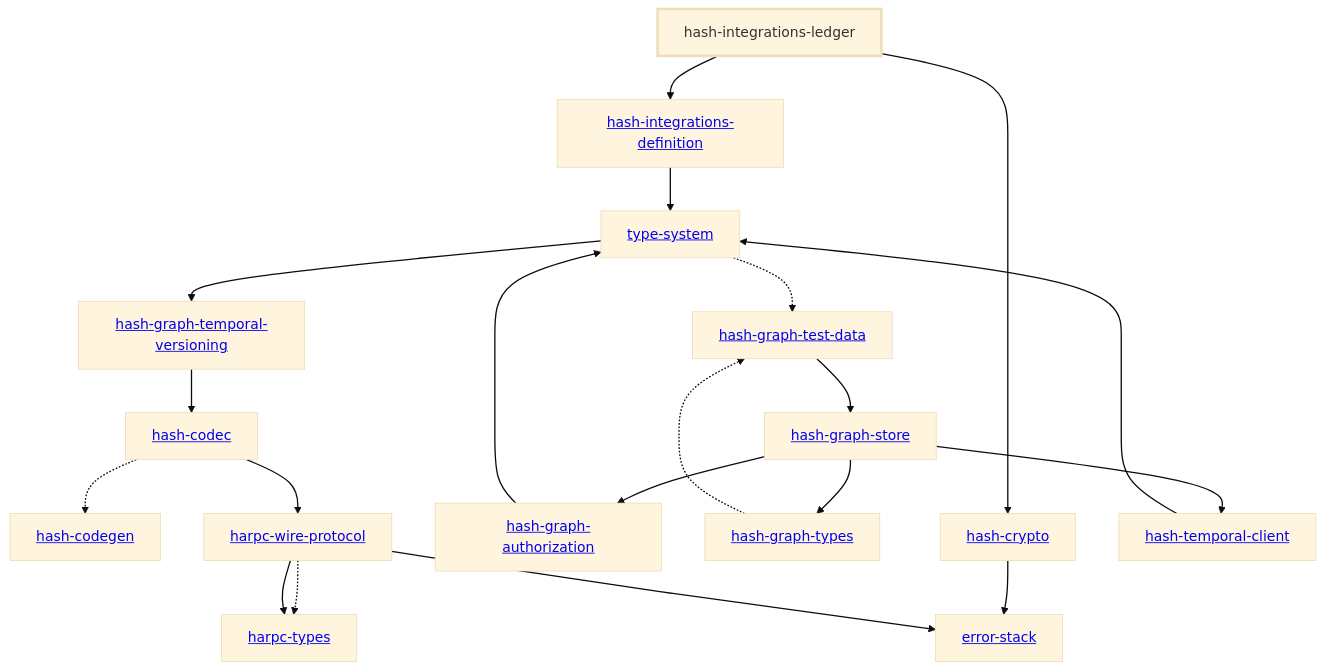
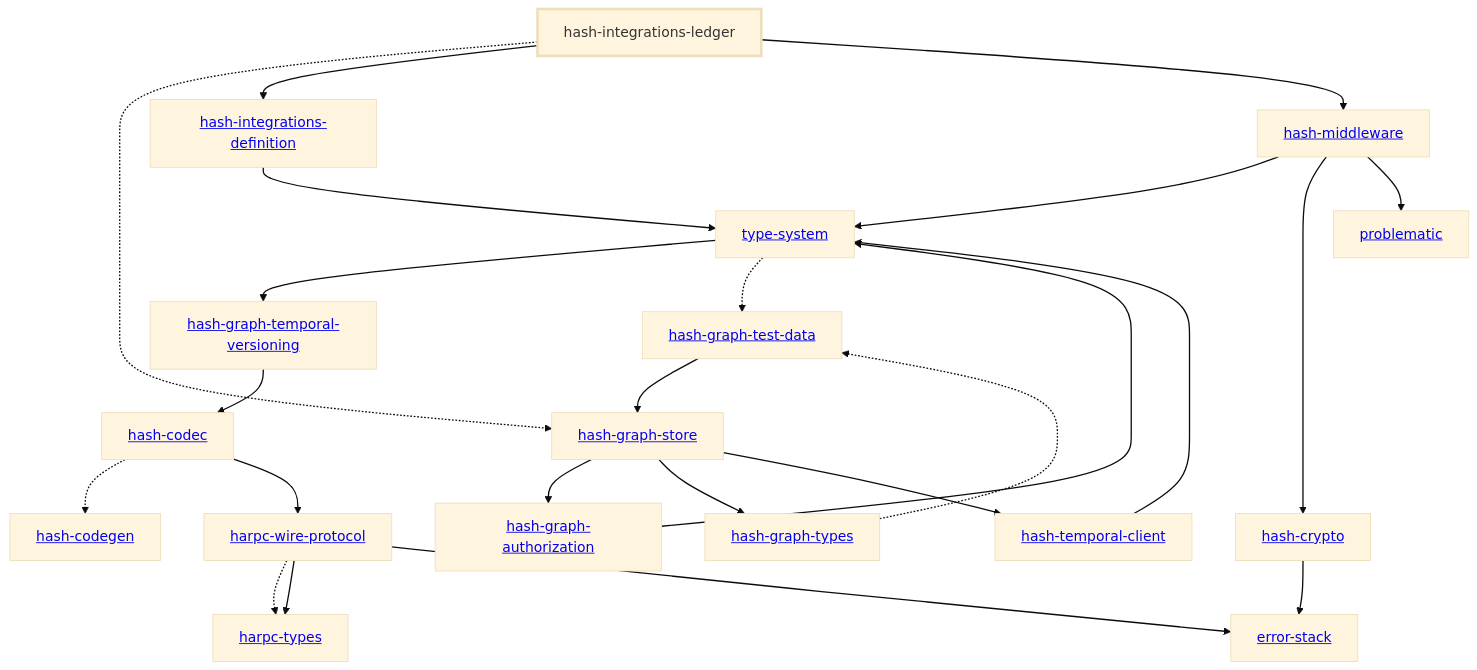
Before and after one commit to hashintel/hash: the diagram in libs/@local/integrations/ledger/docs/dependency-diagram.mmd, drawn with Mermaid (base theme). The commit also changed 10 other files, not shown here.

Commit message:
Adapt the Graph requests and the Graph client to build bodies from sync table rows and answer in three cases

```diff
--- a/libs/@local/integrations/ledger/docs/dependency-diagram.mmd
+++ b/libs/@local/integrations/ledger/docs/dependency-diagram.mmd
@@ -1,45 +1,51 @@
 graph TD
     linkStyle default stroke-width:1.5px
     classDef default stroke-width:1px
     classDef root stroke-width:3px
     classDef dev stroke-width:1px
     classDef build stroke-width:1px
     %% Legend
     %% --> : Normal dependency
     %% -.-> : Dev dependency
     %% ---> : Build dependency
     0[<a href="../type_system/index.html">type-system</a>]
     1[<a href="../hash_codec/index.html">hash-codec</a>]
     2[<a href="../hash_codegen/index.html">hash-codegen</a>]
     3[<a href="../hash_crypto/index.html">hash-crypto</a>]
     4[<a href="../hash_graph_authorization/index.html">hash-graph-authorization</a>]
     5[<a href="../hash_graph_store/index.html">hash-graph-store</a>]
     6[<a href="../hash_graph_temporal_versioning/index.html">hash-graph-temporal-versioning</a>]
     7[<a href="../hash_graph_types/index.html">hash-graph-types</a>]
     8[<a href="../harpc_types/index.html">harpc-types</a>]
     9[<a href="../harpc_wire_protocol/index.html">harpc-wire-protocol</a>]
     10[<a href="../hash_integrations_definition/index.html">hash-integrations-definition</a>]
     11[hash-integrations-ledger]
     class 11 root
-    12[<a href="../hash_temporal_client/index.html">hash-temporal-client</a>]
-    13[<a href="../error_stack/index.html">error-stack</a>]
-    14[<a href="../hash_graph_test_data/index.html">hash-graph-test-data</a>]
+    12[<a href="../hash_middleware/index.html">hash-middleware</a>]
+    13[<a href="../hash_temporal_client/index.html">hash-temporal-client</a>]
+    14[<a href="../error_stack/index.html">error-stack</a>]
+    15[<a href="../problematic/index.html">problematic</a>]
+    16[<a href="../hash_graph_test_data/index.html">hash-graph-test-data</a>]
     0 --> 6
-    0 -.-> 14
+    0 -.-> 16
     1 -.-> 2
     1 --> 9
-    3 --> 13
+    3 --> 14
     4 --> 0
     5 --> 4
     5 --> 7
-    5 --> 12
+    5 --> 13
     6 --> 1
-    7 -.-> 14
+    7 -.-> 16
     9 -.-> 8
     9 --> 8
-    9 --> 13
+    9 --> 14
     10 --> 0
-    11 --> 3
+    11 -.-> 5
     11 --> 10
+    11 --> 12
     12 --> 0
-    14 --> 5
+    12 --> 3
+    12 --> 15
+    13 --> 0
+    16 --> 5
```
